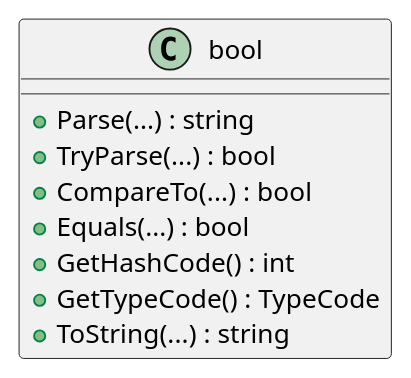
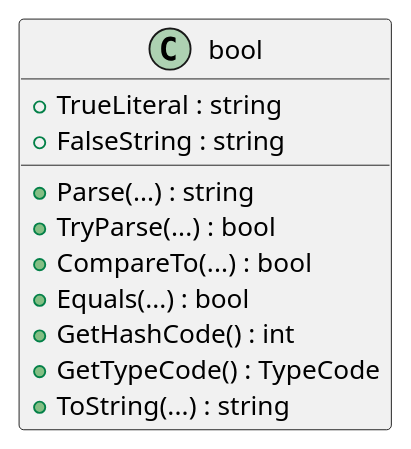
Diagram 11 of 15 in 65030258_HOMEWORK/Lab-02-part-1/README.md (03376836-OOP-2566/03376836-OOP-2566-Lab-02), drawn with PlantUML before and after one commit. The commit also changed other lines of this file, not shown here.

````diff
--- a/65030258_HOMEWORK/Lab-02-part-1/README.md
+++ b/65030258_HOMEWORK/Lab-02-part-1/README.md
@@ -212,15 +221,19 @@
 ```plantuml
 @startuml
 class bool
 {
+  + TrueLiteral : string
+  + FalseString : string
+
+
   + Parse(...) : string
   + TryParse(...) : bool
   + CompareTo(...) : bool
   + Equals(...) : bool
   + GetHashCode() : int
   + GetTypeCode() : TypeCode
   + ToString(...) : string
 }
 @enduml
 #Sittha Klaphanich
 ```
````
